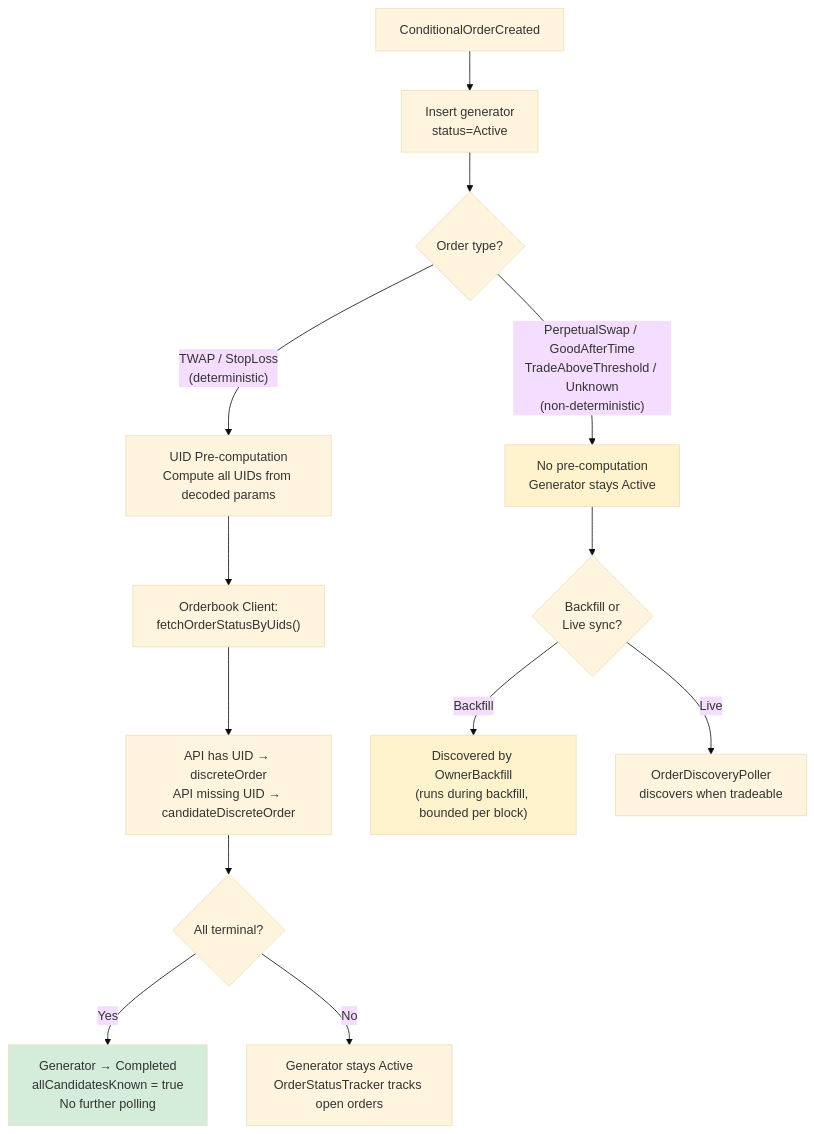
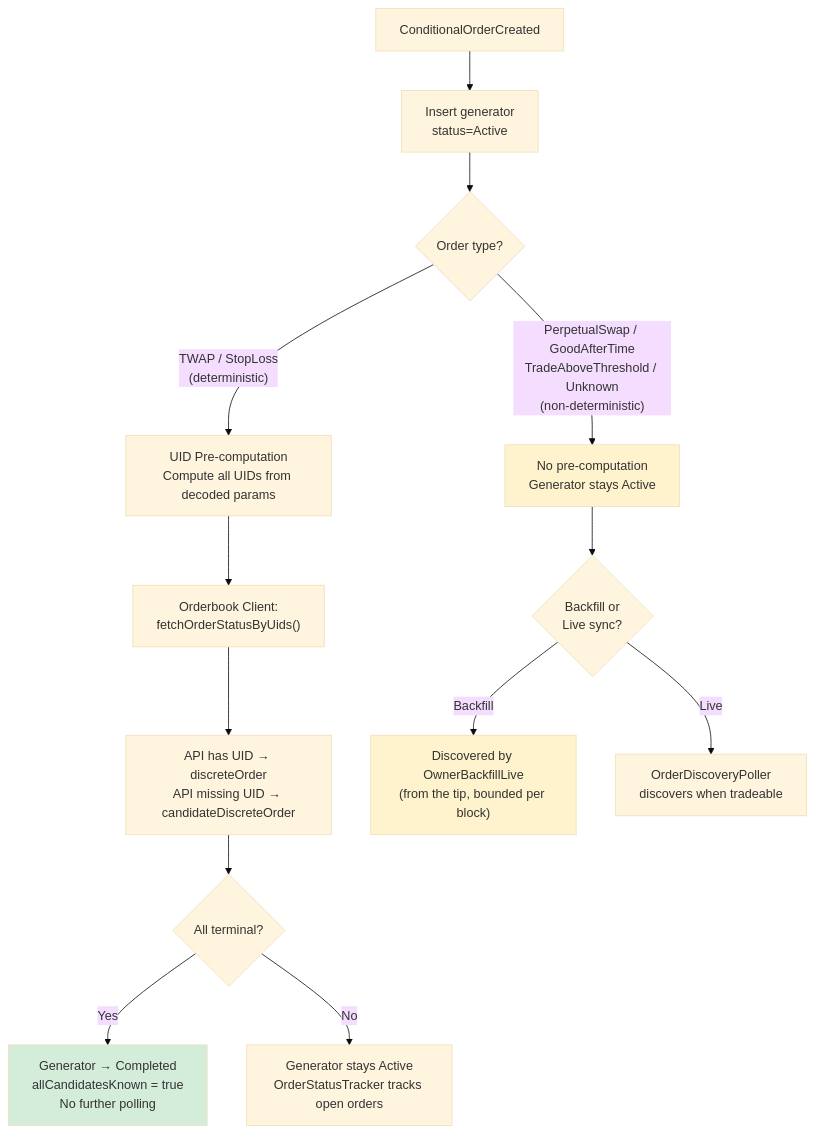
Before and after one commit to bleu/cow-programmatic-orders-api: the second of 7 diagrams in agent_docs/orderbook-integration-flow.md, drawn with Mermaid (base theme). The commit also changed other lines of this file and 14 other files, not shown here.

First line of the commit message:
perf(backfill): drain owner history only from the tip, not during sync (#115)

````diff
--- a/agent_docs/orderbook-integration-flow.md
+++ b/agent_docs/orderbook-integration-flow.md
@@ -485,23 +483,23 @@
 ```mermaid
 flowchart TD
     E["ConditionalOrderCreated"] --> Insert["Insert generator<br/>status=Active"]
 
     Insert --> Check{"Order type?"}
 
     Check -->|"TWAP / StopLoss<br/>(deterministic)"| Pre["UID Pre-computation<br/>Compute all UIDs from decoded params"]
     Check -->|"PerpetualSwap / GoodAfterTime<br/>TradeAboveThreshold / Unknown<br/>(non-deterministic)"| Skip["No pre-computation<br/>Generator stays Active"]
 
     Pre --> API["Orderbook Client:<br/>fetchOrderStatusByUids()"]
     API --> Upsert["API has UID → discreteOrder<br/>API missing UID → candidateDiscreteOrder"]
     Upsert --> Term{"All terminal?"}
     Term -->|Yes| Deactivate["Generator → Completed<br/>allCandidatesKnown = true<br/>No further polling"]
     Term -->|No| Active["Generator stays Active<br/>OrderStatusTracker tracks open orders"]
 
     Skip --> BackfillQ{"Backfill or<br/>Live sync?"}
-    BackfillQ -->|Backfill| Wait["Discovered by OwnerBackfill<br/>(runs during backfill, bounded per block)"]
+    BackfillQ -->|Backfill| Wait["Discovered by OwnerBackfillLive<br/>(from the tip, bounded per block)"]
     BackfillQ -->|Live| Poll["OrderDiscoveryPoller<br/>discovers when tradeable"]
 
     style Deactivate fill:#d4edda
     style Skip fill:#fff3cd
     style Wait fill:#fff3cd
 ```
````
